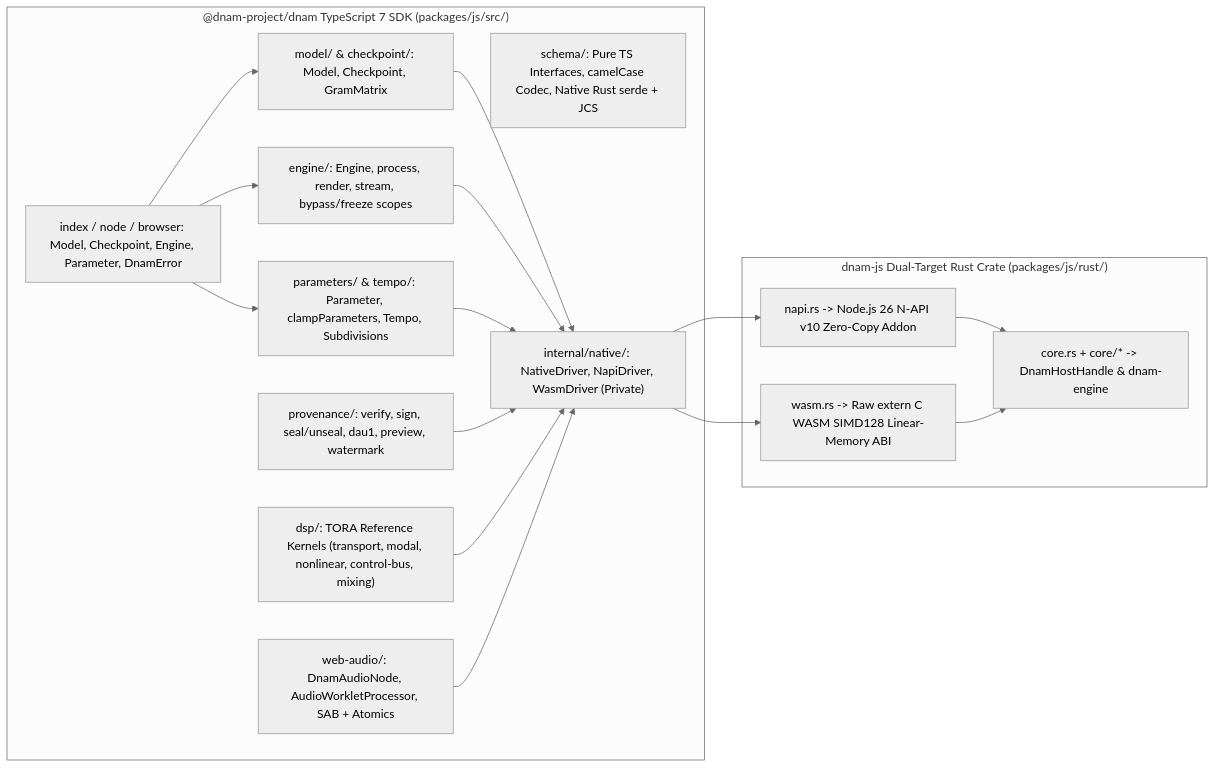
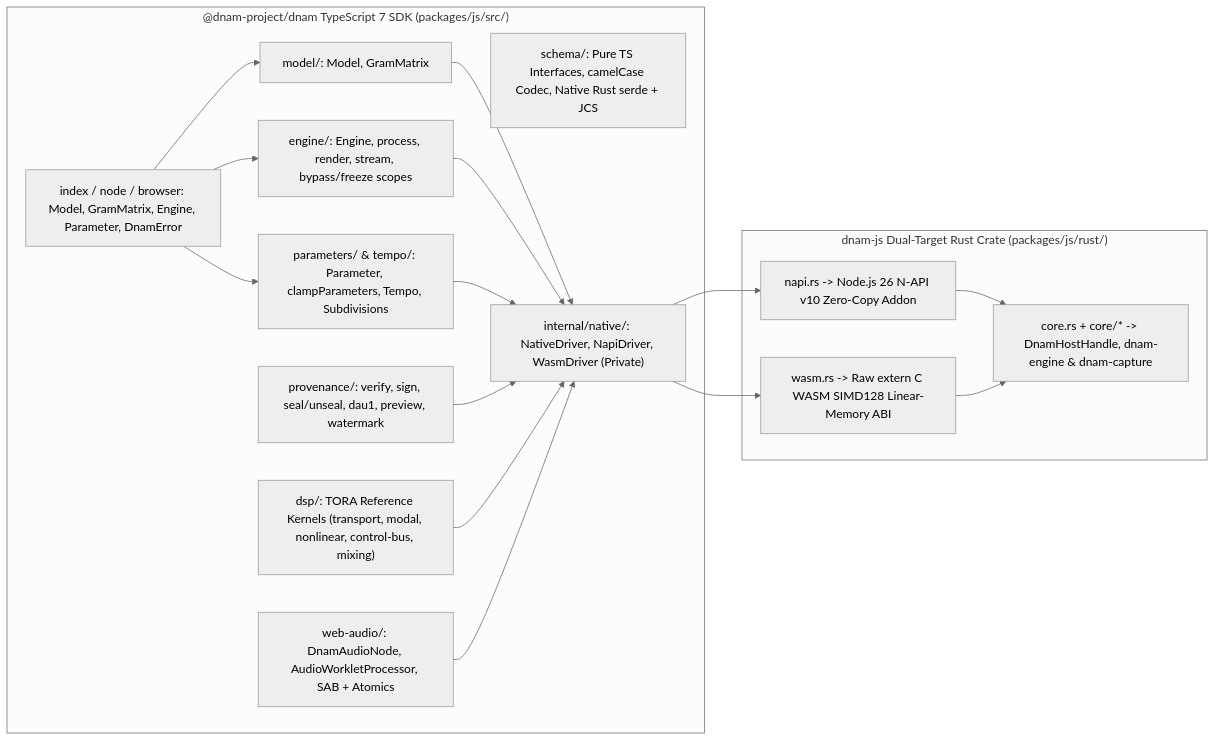
One commit to dnam-project/dnam changed the diagram in docs/specs/sdks/typescript_sdk.md. Above: the diagram before and after it, drawn with Mermaid (neutral theme). The commit also changed other lines of this file and 232 other files, not shown here.

````diff
--- a/docs/specs/sdks/typescript_sdk.md
+++ b/docs/specs/sdks/typescript_sdk.md
@@ -42,25 +42,25 @@
 ```mermaid
 flowchart LR
     subgraph TsSDK ["@dnam-project/dnam TypeScript 7 SDK (packages/js/src/)"]
-        Top["index / node / browser: Model, Checkpoint, Engine, Parameter, DnamError"]
-        Mod["model/ & checkpoint/: Model, Checkpoint, GramMatrix"]
+        Top["index / node / browser: Model, GramMatrix, Engine, Parameter, DnamError"]
+        Mod["model/: Model, GramMatrix"]
         Eng["engine/: Engine, process, render, stream, bypass/freeze scopes"]
         Par["parameters/ & tempo/: Parameter, clampParameters, Tempo, Subdivisions"]
         Sch["schema/: Pure TS Interfaces, camelCase Codec, Native Rust serde + JCS"]
         Prov["provenance/: verify, sign, seal/unseal, dau1, preview, watermark"]
         Dsp["dsp/: TORA Reference Kernels (transport, modal, nonlinear, control-bus, mixing)"]
         Web["web-audio/: DnamAudioNode, AudioWorkletProcessor, SAB + Atomics"]
         Int["internal/native/: NativeDriver, NapiDriver, WasmDriver (Private)"]
     end
 
     subgraph RustCrate ["dnam-js Dual-Target Rust Crate (packages/js/rust/)"]
-        RCore["core.rs + core/* -> DnamHostHandle & dnam-engine"]
+        RCore["core.rs + core/* -> DnamHostHandle, dnam-engine & dnam-capture"]
         RNapi["napi.rs -> Node.js 26 N-API v10 Zero-Copy Addon"]
         RWasm["wasm.rs -> Raw extern C WASM SIMD128 Linear-Memory ABI"]
     end
 
     Top --> Mod & Eng & Par
     Mod & Eng & Par & Prov & Dsp & Web --> Int
     Int --> RNapi & RWasm
     RNapi & RWasm --> RCore
 ```
````
